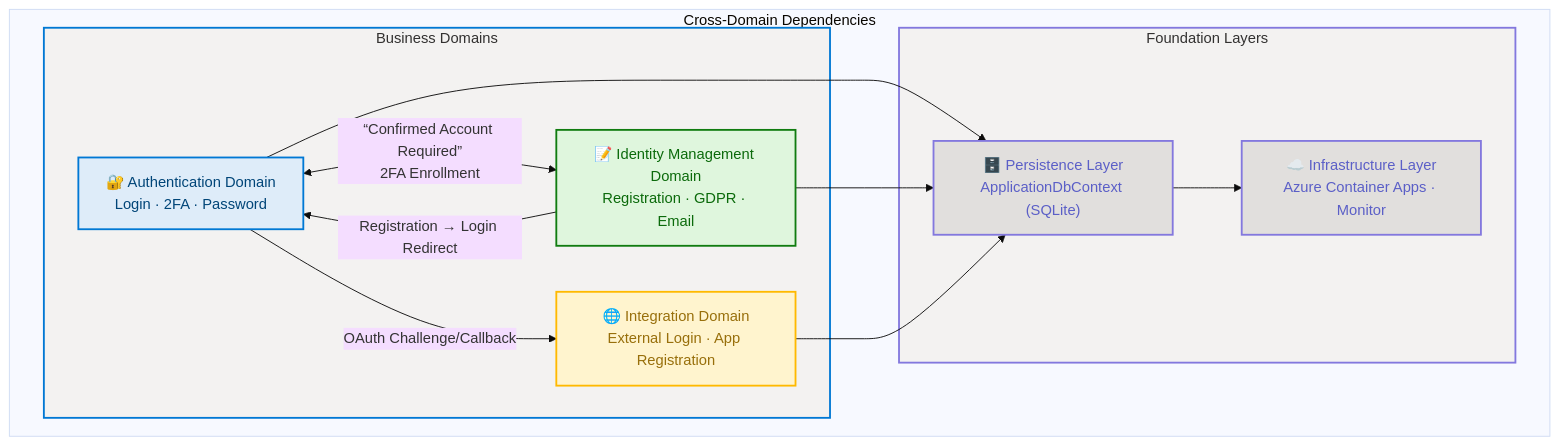
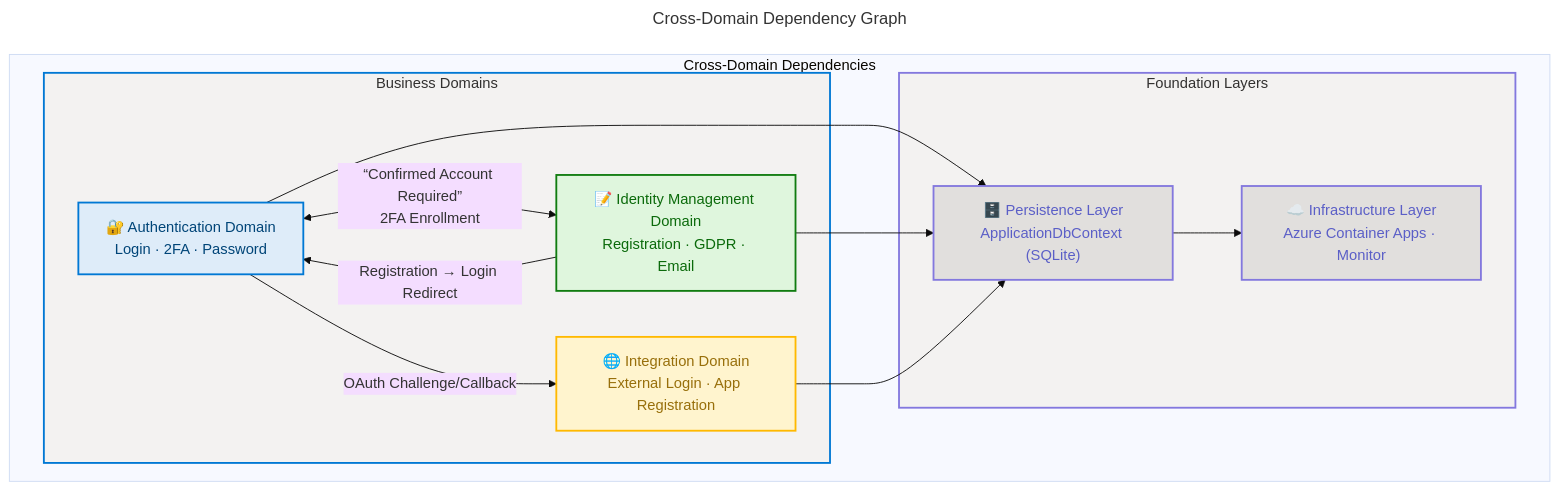
Before and after one commit to Evilazaro/IdentityProvider: diagram 11 of 11 in docs/architecture/business-architecture.md, drawn with Mermaid.

Commit message:
Add Cross-Domain Dependency Graph with enhanced semantic structure and accessibility features in business architecture documentation

````diff
--- a/docs/architecture/business-architecture.md
+++ b/docs/architecture/business-architecture.md
@@ -1315,49 +1315,63 @@
 ```mermaid
 ---
+title: Cross-Domain Dependency Graph
 config:
   theme: base
   look: classic
   layout: dagre
   themeVariables:
     fontSize: '16px'
+  flowchart:
+    htmlLabels: true
 ---
 flowchart TB
     accTitle: Cross-Domain Dependency Graph — Contoso IdentityProvider
     accDescr: Shows bidirectional dependencies between Authentication, Identity Management, Integration, Persistence, and Infrastructure domains
+
+    %% ═══════════════════════════════════════════════════════════════
+    %% AZURE / FLUENT ARCHITECTURE PATTERN v1.1
+    %% Semantic + Structural + Font + Accessibility Governance
+    %% ═══════════════════════════════════════════════════════════════
+    %% PHASE 1 — STRUCTURAL: Direction explicit, nesting ≤ 3
+    %% PHASE 2 — SEMANTIC: Max 5 classes, neutral-first
+    %% PHASE 3 — FONT: Dark text on light backgrounds ≥ 4.5:1
+    %% PHASE 4 — ACCESSIBILITY: accTitle + accDescr + icons on all nodes
+    %% PHASE 5 — STANDARD: Governance block + classDefs centralized
+    %% ═══════════════════════════════════════════════════════════════
 
     subgraph main["Cross-Domain Dependencies"]
         subgraph businessDomains["Business Domains"]
             AUTH["🔐 Authentication Domain<br/>Login · 2FA · Password"]
             IDM["📝 Identity Management Domain<br/>Registration · GDPR · Email"]
             INT["🌐 Integration Domain<br/>External Login · App Registration"]
         end
 
         subgraph foundationLayers["Foundation Layers"]
             PERSIST["🗄️ Persistence Layer<br/>ApplicationDbContext (SQLite)"]
             INFRA["☁️ Infrastructure Layer<br/>Azure Container Apps · Monitor"]
         end
     end
 
     AUTH <-->|“Confirmed Account Required”<br/>2FA Enrollment| IDM
     AUTH -->|OAuth Challenge/Callback| INT
     IDM -->|Registration → Login Redirect| AUTH
     AUTH --> PERSIST
     IDM --> PERSIST
     INT --> PERSIST
     PERSIST --> INFRA
 
     %% Semantic classDefs
     classDef core fill:#DEECF9,stroke:#0078D4,stroke-width:2px,color:#004578
     classDef success fill:#DFF6DD,stroke:#107C10,stroke-width:2px,color:#0B6A0B
     classDef warning fill:#FFF4CE,stroke:#FFB900,stroke-width:2px,color:#986F0B
     classDef data fill:#E1DFDD,stroke:#8378DE,stroke-width:2px,color:#5B5FC7
 
     class AUTH core
     class IDM success
     class INT warning
     class PERSIST,INFRA data
 
     %% Subgraph styling fill:#F3F2F1,stroke:#605E5C,stroke-width:2px,color:#323130
     style businessDomains fill:#F3F2F1,stroke:#0078D4,stroke-width:2px,color:#323130
     style foundationLayers fill:#F3F2F1,stroke:#8378DE,stroke-width:2px,color:#323130
 ```
````
